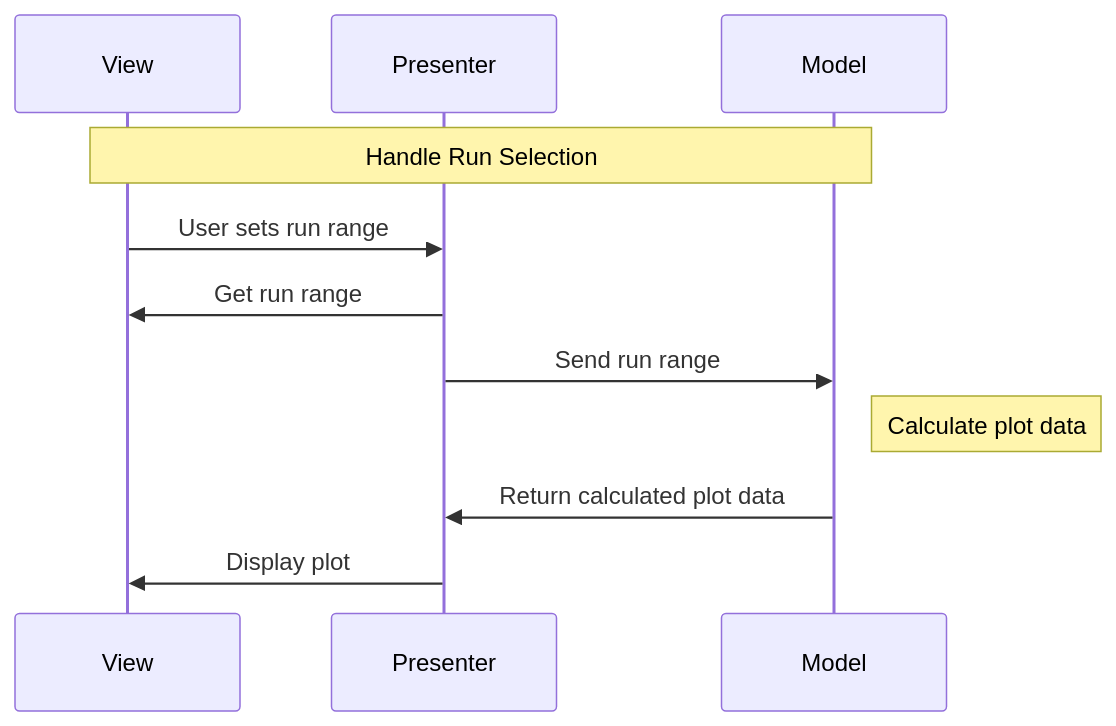
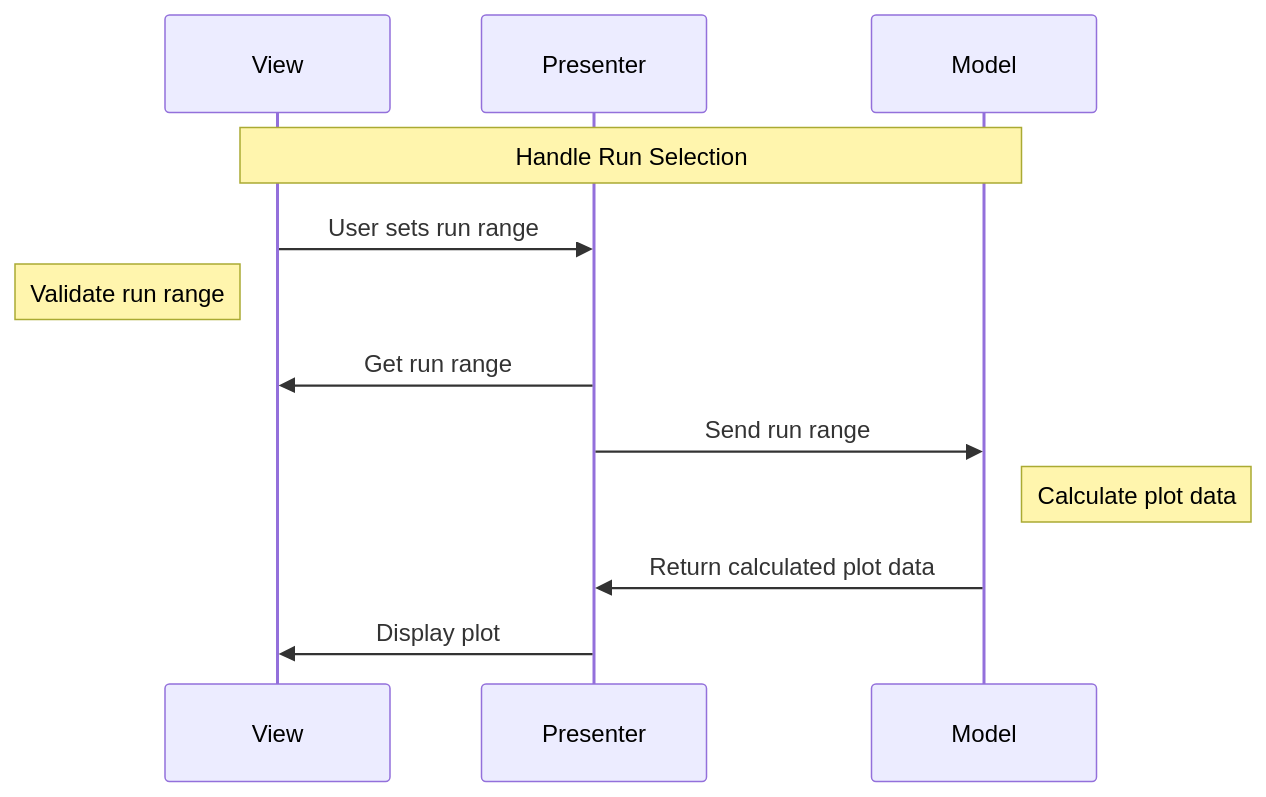
One commit to neutrons/garnet changed the eighth of 9 diagrams in docs/source/design/oncat_mvp.rst. Above: the diagram before and after it, drawn with Mermaid. The commit also changed other lines of this file and 3 other files, not shown here.

```diff
--- a/docs/source/design/oncat_mvp.rst
+++ b/docs/source/design/oncat_mvp.rst
@@ -217,13 +220,14 @@
     .. mermaid::
 
         sequenceDiagram
             participant View
             participant Presenter
             participant Model
             Note over View,Model: Handle Run Selection
             View->>Presenter: User sets run range
+            Note left of View: Validate run range
             Presenter->>View: Get run range
             Presenter->>Model: Send run range
             Note right of Model: Calculate plot data
             Model->>Presenter: Return calculated plot data
             Presenter->>View: Display plot
```
